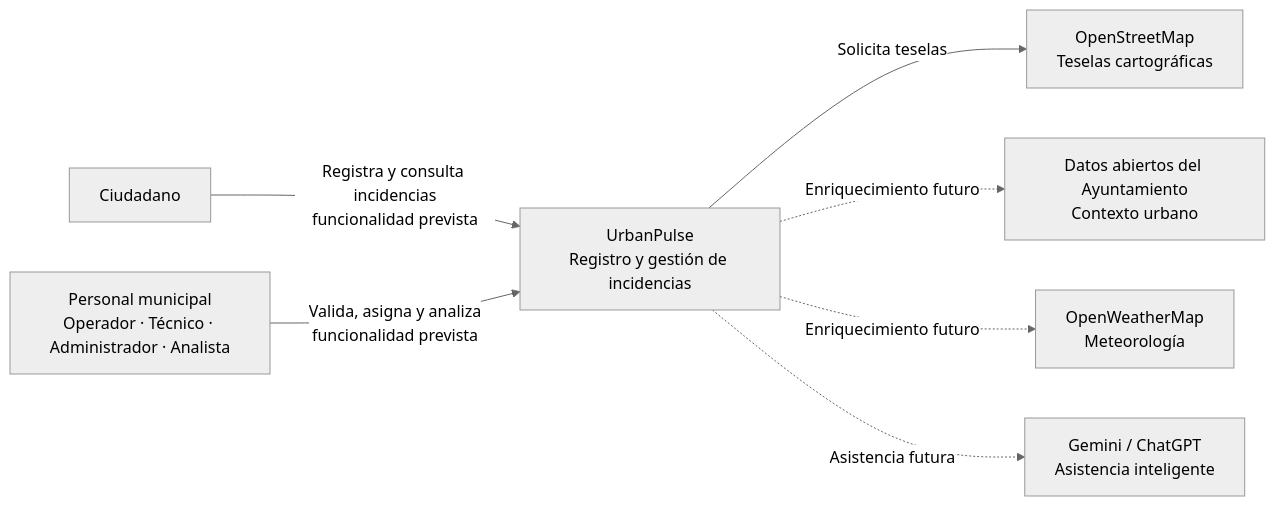
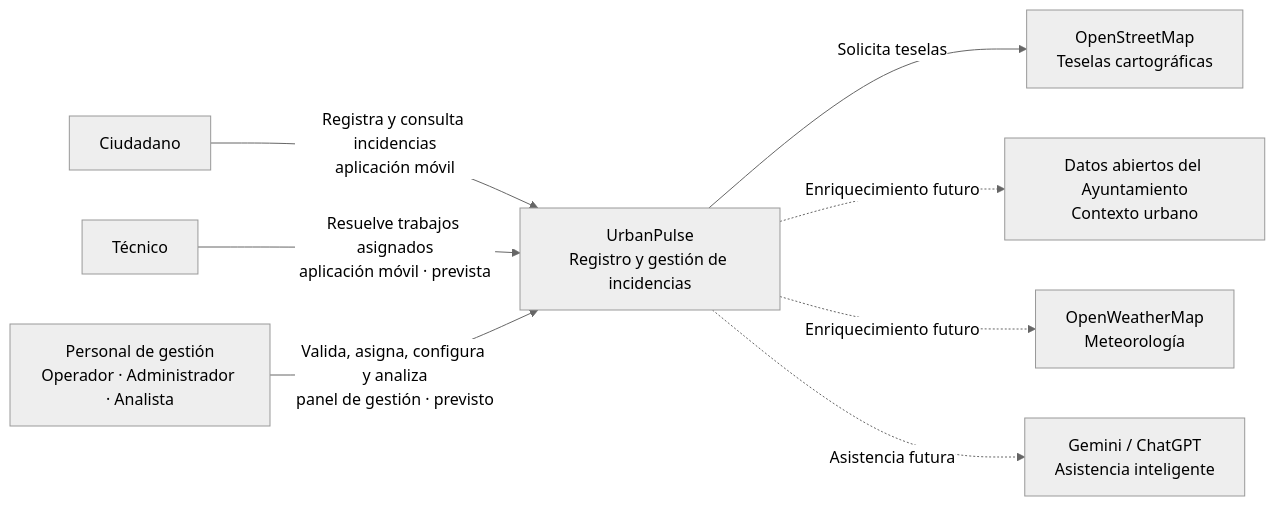
Before and after one commit to grupo-14-UMA/urbanpulse-incident-manager: the first of 3 diagrams in docs/architecture.md, drawn with Mermaid (neutral theme). The commit also changed other lines of this file and 1 other file, not shown here.

Commit message:
docs: show the management panel in the architecture and c4 model

````diff
--- a/docs/architecture.md
+++ b/docs/architecture.md
@@ -13,18 +13,20 @@
 ```mermaid
 flowchart LR
     citizen[Ciudadano]
-    staff[Personal municipal<br/>Operador · Técnico · Administrador · Analista]
+    technician[Técnico]
+    staff[Personal de gestión<br/>Operador · Administrador · Analista]
     urbanpulse[UrbanPulse<br/>Registro y gestión de incidencias]
 
     osm[OpenStreetMap<br/>Teselas cartográficas]
     openData[Datos abiertos del Ayuntamiento<br/>Contexto urbano]
     weather[OpenWeatherMap<br/>Meteorología]
     ai[Gemini / ChatGPT<br/>Asistencia inteligente]
 
-    citizen -->|Registra y consulta incidencias<br/>funcionalidad prevista| urbanpulse
-    staff -->|Valida, asigna y analiza<br/>funcionalidad prevista| urbanpulse
+    citizen -->|Registra y consulta incidencias<br/>aplicación móvil| urbanpulse
+    technician -->|Resuelve trabajos asignados<br/>aplicación móvil · prevista| urbanpulse
+    staff -->|Valida, asigna, configura y analiza<br/>panel de gestión · previsto| urbanpulse
     urbanpulse -->|Solicita teselas| osm
     urbanpulse -.->|Enriquecimiento futuro| openData
     urbanpulse -.->|Enriquecimiento futuro| weather
     urbanpulse -.->|Asistencia futura| ai
 ```
````
